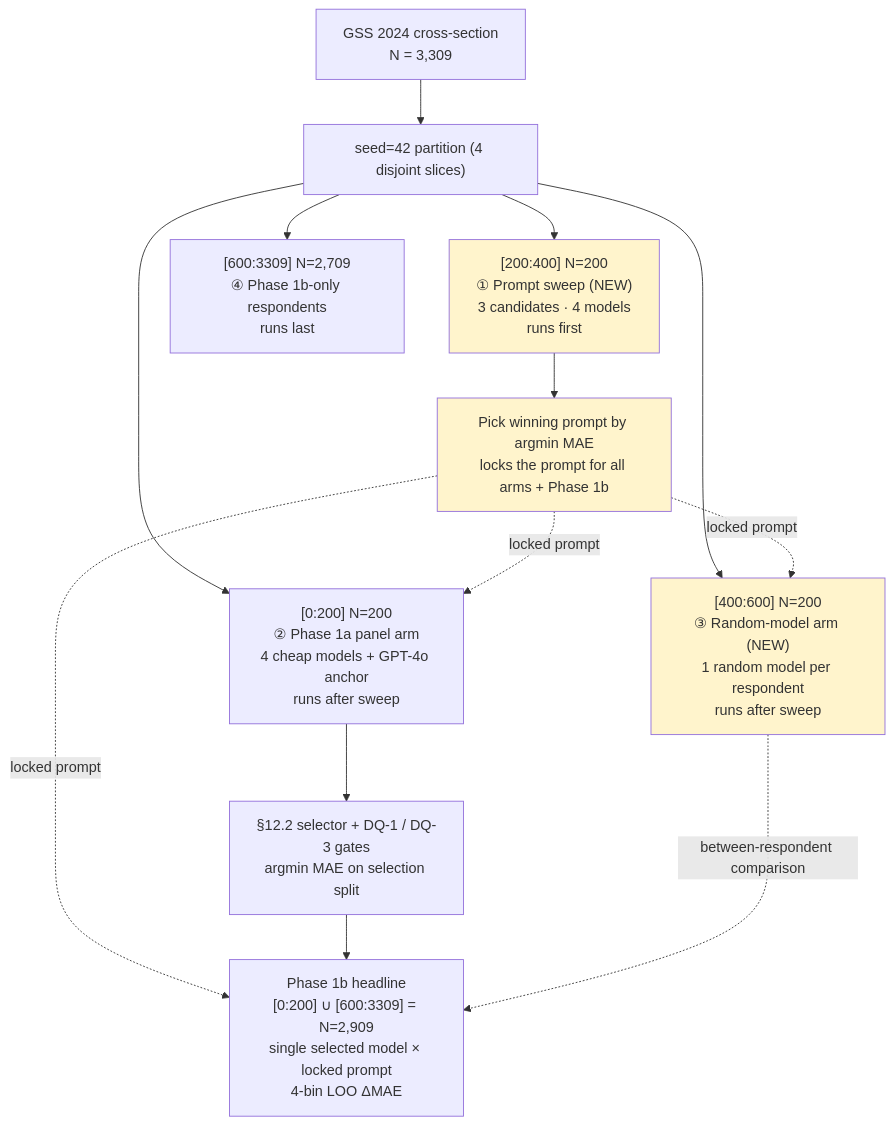
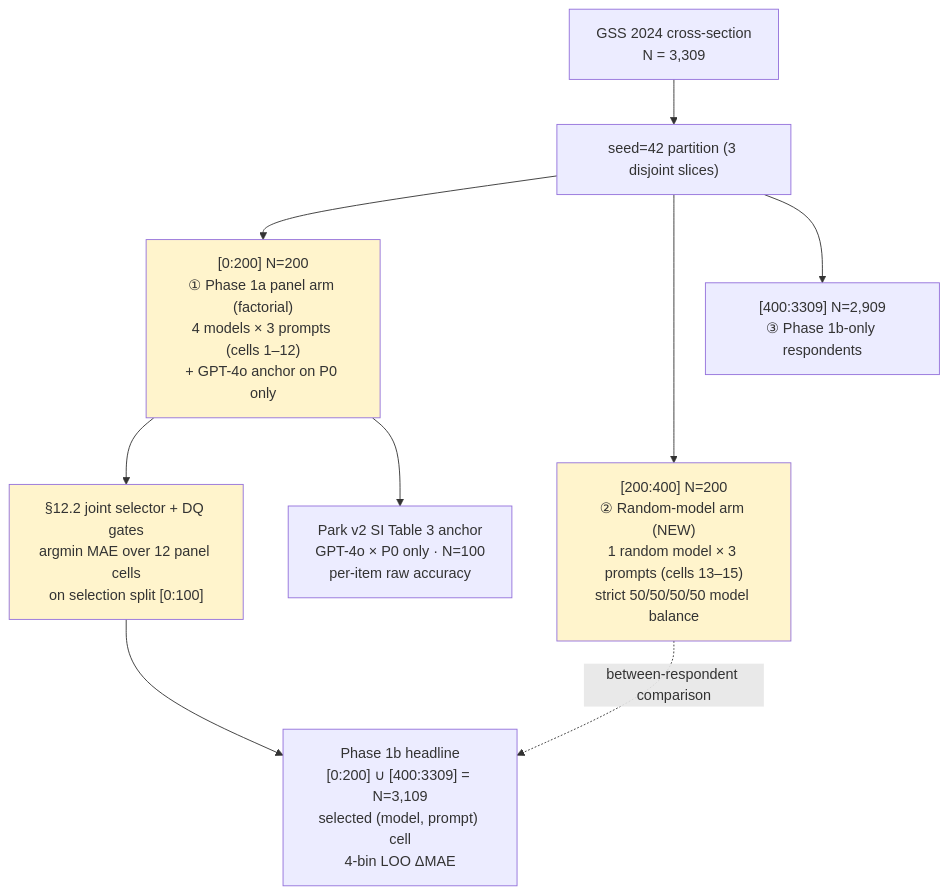
The diagram in Project Brief — Phase 1A Updates 2026-05-15.md (Joyceqx/gsbgen390-persona-pipeline), drawn with Mermaid before and after one commit. The commit also changed other lines of this file, not shown here.

First line of the commit message:
Rewrite to Option D (5x3 factorial) with tightened advisor-facing prose

````diff
--- a/Project Brief — Phase 1A Updates 2026-05-15.md
+++ b/Project Brief — Phase 1A Updates 2026-05-15.md
@@ -33,25 +38,19 @@
 ```mermaid
 flowchart TD
     A["GSS 2024 cross-section<br/>N = 3,309"]
-    A --> Z["seed=42 partition (4 disjoint slices)"]
+    A --> Z["seed=42 partition (3 disjoint slices)"]
 
-    Z --> S["[200:400] N=200<br/>① Prompt sweep (NEW)<br/>3 candidates · 4 models<br/>runs first"]
-    Z --> P["[0:200] N=200<br/>② Phase 1a panel arm<br/>4 cheap models + GPT-4o anchor<br/>runs after sweep"]
-    Z --> R["[400:600] N=200<br/>③ Random-model arm (NEW)<br/>1 random model per respondent<br/>runs after sweep"]
-    Z --> H["[600:3309] N=2,709<br/>④ Phase 1b-only respondents<br/>runs last"]
+    Z --> P["[0:200] N=200<br/>① Phase 1a panel arm (factorial)<br/>4 models × 3 prompts (cells 1–12)<br/>+ GPT-4o anchor on P0 only"]
+    Z --> R["[200:400] N=200<br/>② Random-model arm (NEW)<br/>1 random model × 3 prompts (cells 13–15)<br/>strict 50/50/50/50 model balance"]
+    Z --> H["[400:3309] N=2,909<br/>③ Phase 1b-only respondents"]
 
-    S --> SP["Pick winning prompt by argmin MAE<br/>locks the prompt for all arms + Phase 1b"]
-
-    SP -.locked prompt.-> P
-    SP -.locked prompt.-> R
-    SP -.locked prompt.-> B1B
-
-    P --> SEL["§12.2 selector + DQ-1 / DQ-3 gates<br/>argmin MAE on selection split"]
-    SEL --> B1B["Phase 1b headline<br/>[0:200] ∪ [600:3309] = N=2,909<br/>single selected model × locked prompt<br/>4-bin LOO ΔMAE"]
+    P --> SEL["§12.2 joint selector + DQ gates<br/>argmin MAE over 12 panel cells<br/>on selection split [0:100]"]
+    SEL --> B1B["Phase 1b headline<br/>[0:200] ∪ [400:3309] = N=3,109<br/>selected (model, prompt) cell<br/>4-bin LOO ΔMAE"]
 
     R -.between-respondent comparison.-> B1B
+    P --> ANCHOR["Park v2 SI Table 3 anchor<br/>GPT-4o × P0 only · N=100<br/>per-item raw accuracy"]
 
-    style S fill:#fff4cc
-    style SP fill:#fff4cc
+    style P fill:#fff4cc
     style R fill:#fff4cc
+    style SEL fill:#fff4cc
 ```
````
